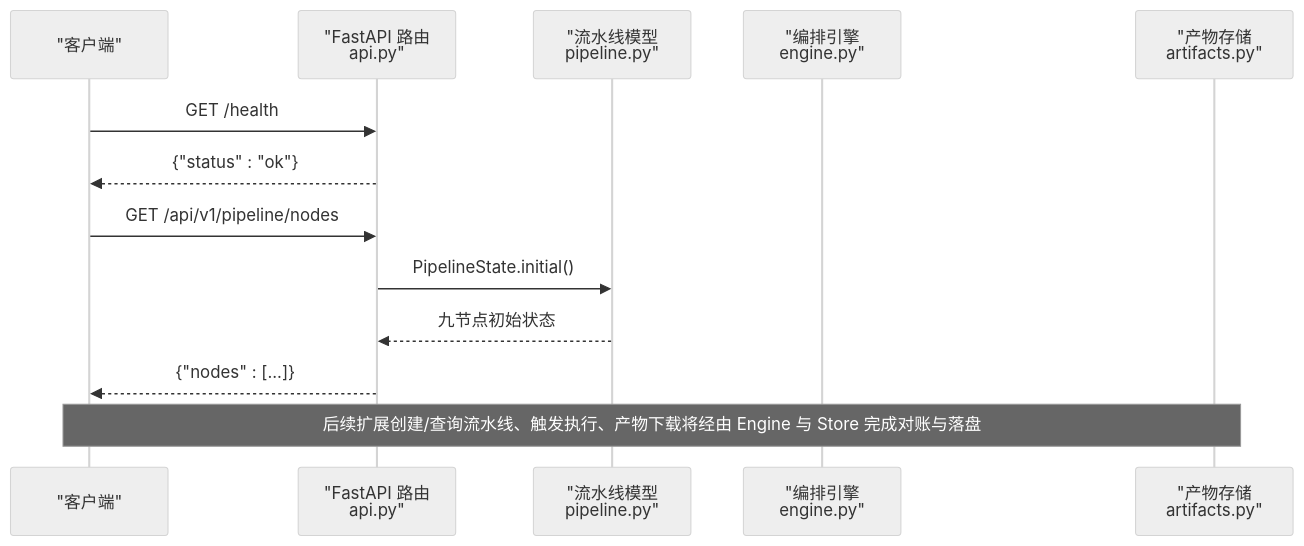
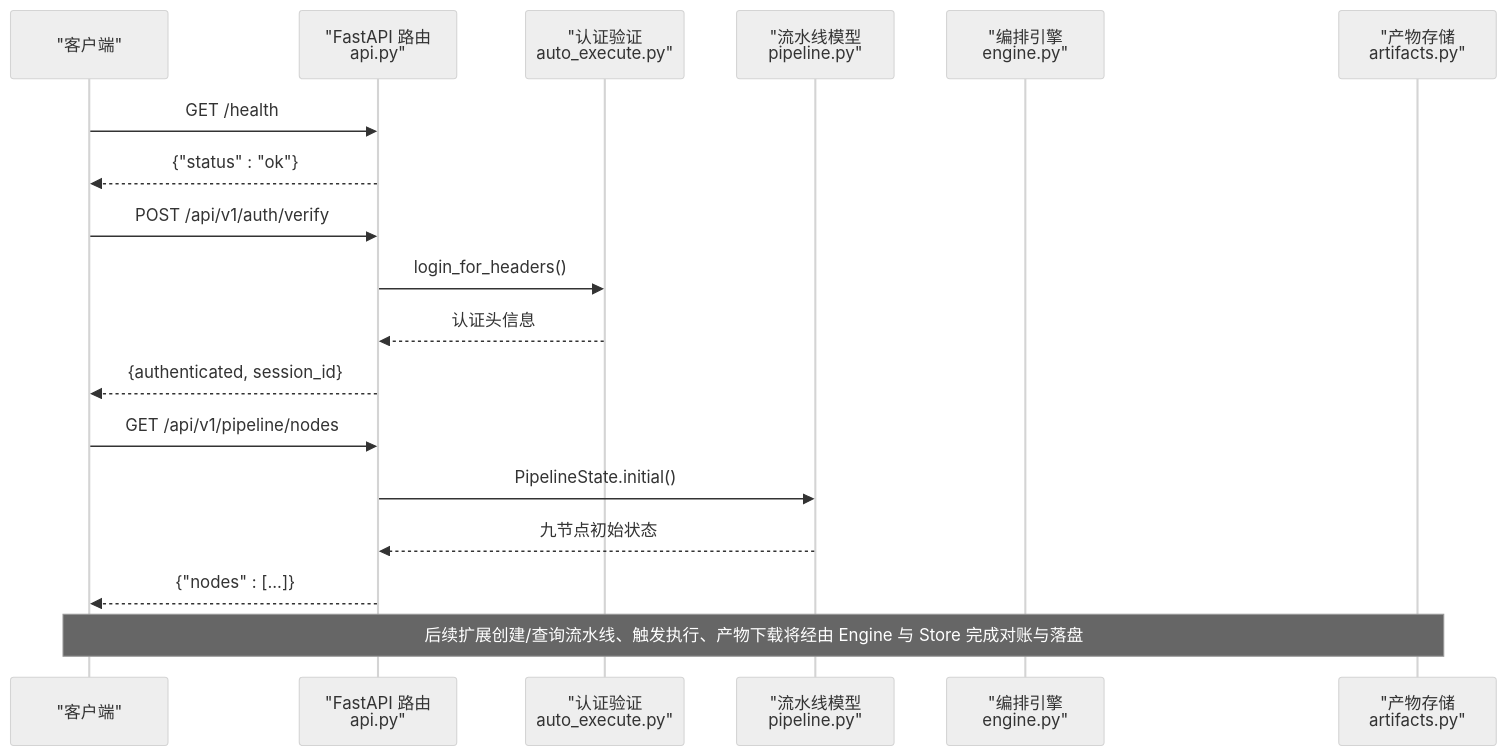
One commit to Joeyzheng001/LLM-AutoTest changed the second of 5 diagrams in .qoder/repowiki/zh/content/核心服务/编排服务(Orchestrator)/API接口.md. Above: the diagram before and after it, drawn with Mermaid (neutral theme). The commit also changed other lines of this file and 94 other files, not shown here.

````diff
--- a/.qoder/repowiki/zh/content/核心服务/编排服务(Orchestrator)/API接口.md
+++ b/.qoder/repowiki/zh/content/核心服务/编排服务(Orchestrator)/API接口.md
@@ -76,15 +87,20 @@
 ```mermaid
 sequenceDiagram
 participant Client as "客户端"
 participant API as "FastAPI 路由<br/>api.py"
+participant Auth as "认证验证<br/>auto_execute.py"
 participant Model as "流水线模型<br/>pipeline.py"
 participant Engine as "编排引擎<br/>engine.py"
 participant Store as "产物存储<br/>artifacts.py"
 Client->>API : GET /health
 API-->>Client : {"status" : "ok"}
+Client->>API : POST /api/v1/auth/verify
+API->>Auth : login_for_headers()
+Auth-->>API : 认证头信息
+API-->>Client : {authenticated, session_id}
 Client->>API : GET /api/v1/pipeline/nodes
 API->>Model : PipelineState.initial()
 Model-->>API : 九节点初始状态
 API-->>Client : {"nodes" : [...]}
 Note over Client,Store : 后续扩展创建/查询流水线、触发执行、产物下载将经由 Engine 与 Store 完成对账与落盘
 ```
````
